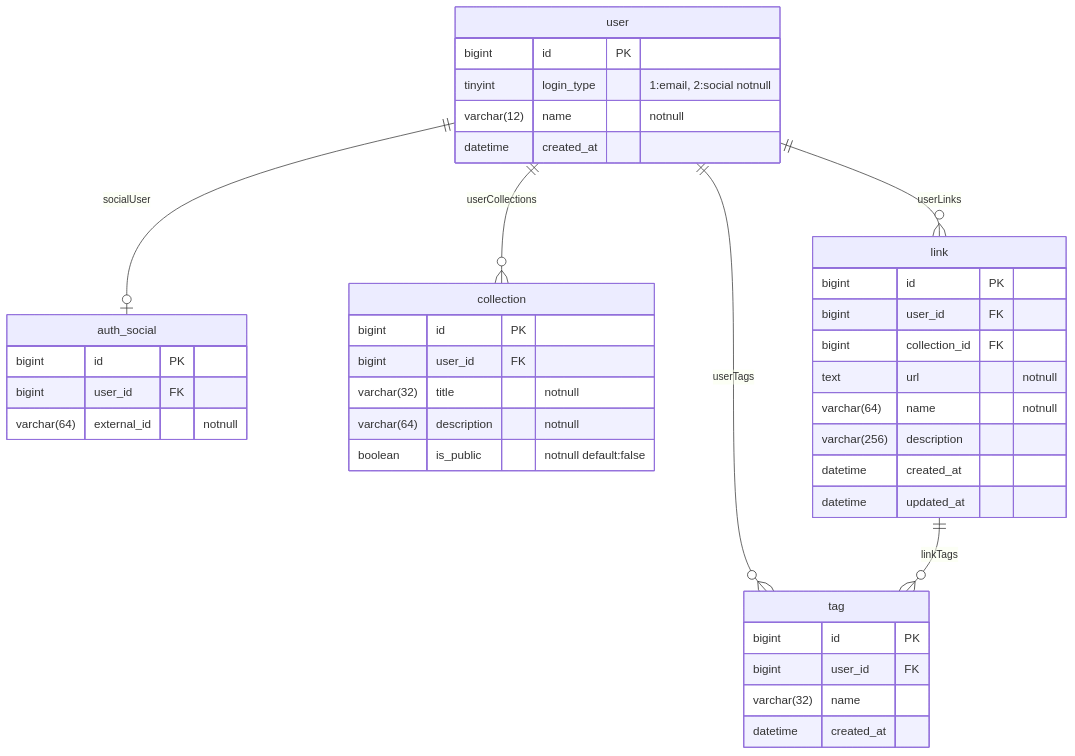
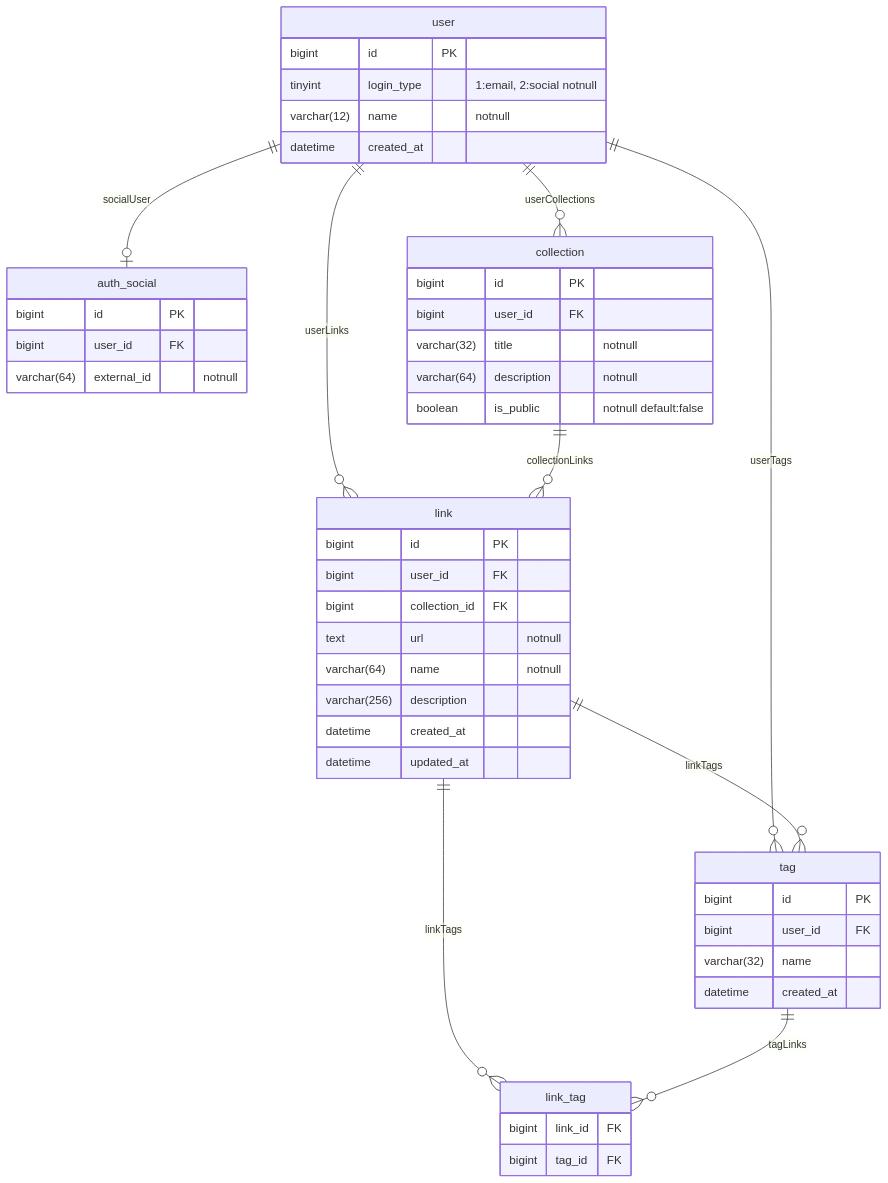
One commit to a-ryang/linkloud changed the diagram in server/README.md. Above: the diagram before and after it, drawn with Mermaid.

Commit message:
docs: 초기 erd 수정

````diff
--- a/server/README.md
+++ b/server/README.md
@@ -1,50 +1,60 @@
 ```mermaid
 erDiagram
 
     user {
         bigint id PK
         tinyint login_type "1:email, 2:social notnull"
         varchar(12) name "notnull"
         datetime created_at
     }
 
     user ||--o| auth_social : socialUser
     user ||--o{ collection : userCollections
 
     auth_social {
         bigint id PK
         bigint user_id FK
         varchar(64) external_id "notnull"
     }
 
     collection {
         bigint id PK
         bigint user_id FK
         varchar(32) title "notnull"
         varchar(64) description "notnull"
         boolean is_public "notnull default:false"
     }
 
     user ||--o{ link : userLinks
+    collection ||--o{ link : collectionLinks
 
     link {
         bigint id PK
         bigint user_id FK
         bigint collection_id FK
         text url "notnull"
         varchar(64) name "notnull"
         varchar(256) description
         datetime created_at
         datetime updated_at
     }
 
     user ||--o{ tag : userTags
     link ||--o{ tag : linkTags
 
     tag {
         bigint id PK
         bigint user_id FK
         varchar(32) name
         datetime created_at
     }
+
+    link ||--o{ link_tag : linkTags
+    tag ||--o{ link_tag : tagLinks
+
+
+    link_tag {
+        bigint link_id FK
+        bigint tag_id FK
+    }
 ```
````
